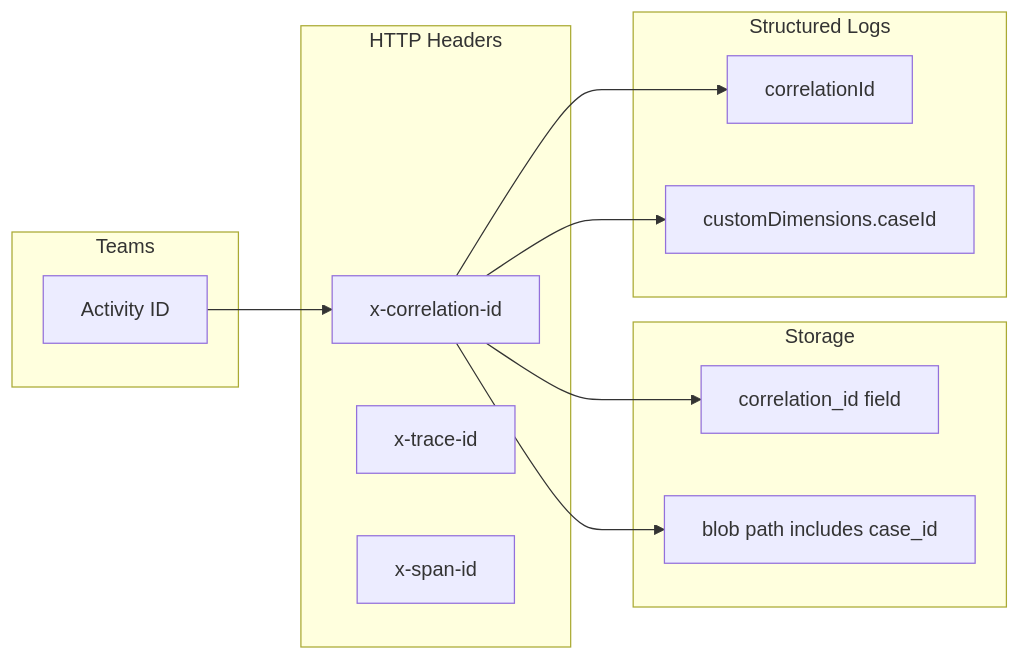
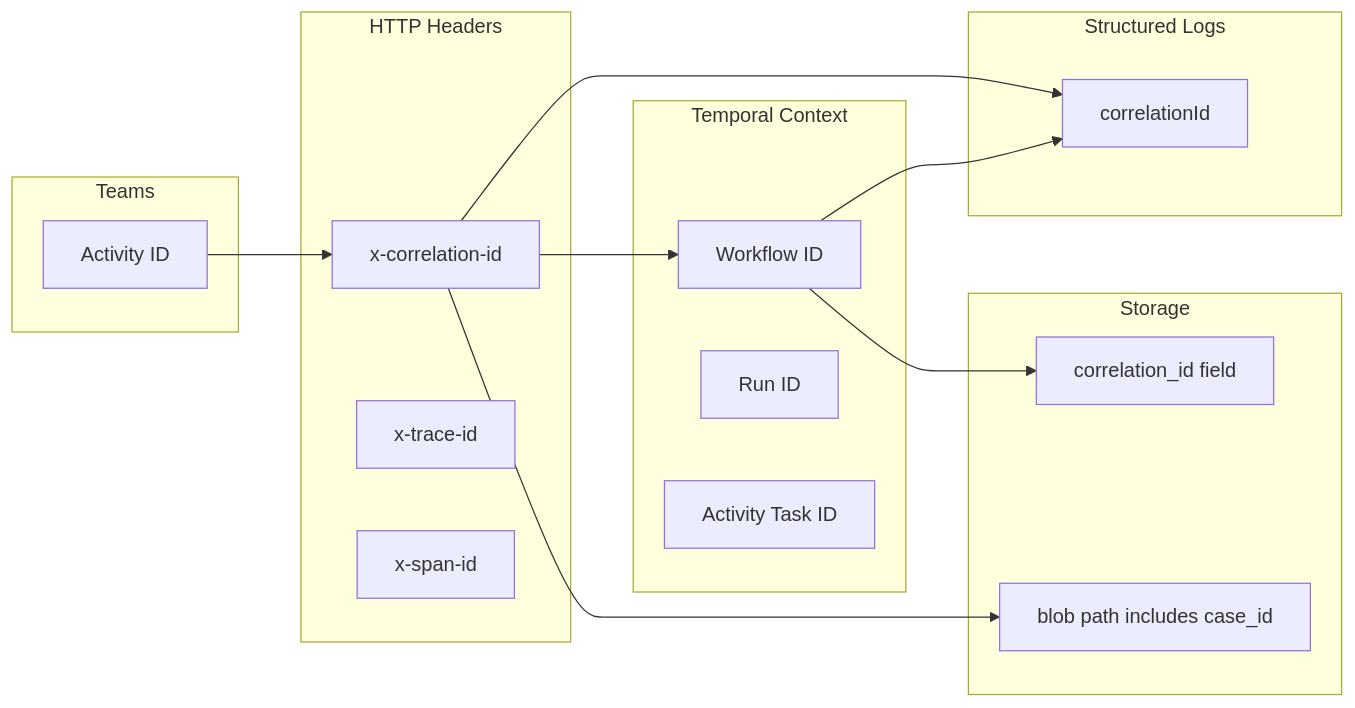
The ninth of 11 diagrams in app/docs/architecture/data-flow.md (CoronovirusG10/Zoho-order-processing), drawn with Mermaid before and after one commit. The commit also changed other lines of this file and 40 other files, not shown here.

Commit message:
Add VM migration architecture, Temporal workflow implementation, and infrastructure updates

````diff
--- a/app/docs/architecture/data-flow.md
+++ b/app/docs/architecture/data-flow.md
@@ -427,28 +469,34 @@
 ```mermaid
 flowchart LR
     subgraph Teams
         Activity["Activity ID"]
     end
 
     subgraph Headers["HTTP Headers"]
         XCorrelation["x-correlation-id"]
         XTrace["x-trace-id"]
         XSpan["x-span-id"]
     end
 
+    subgraph Temporal["Temporal Context"]
+        WorkflowId["Workflow ID"]
+        RunId["Run ID"]
+        ActivityId["Activity Task ID"]
+    end
+
     subgraph Storage["Storage"]
         CosmosField["correlation_id field"]
         BlobPath["blob path includes case_id"]
     end
 
     subgraph Logs["Structured Logs"]
         LogField["correlationId"]
-        AppInsights["customDimensions.caseId"]
     end
 
     Activity --> XCorrelation
-    XCorrelation --> CosmosField
+    XCorrelation --> WorkflowId
+    WorkflowId --> CosmosField
     XCorrelation --> LogField
-    XCorrelation --> AppInsights
     XCorrelation --> BlobPath
+    WorkflowId --> LogField
 ```
````
